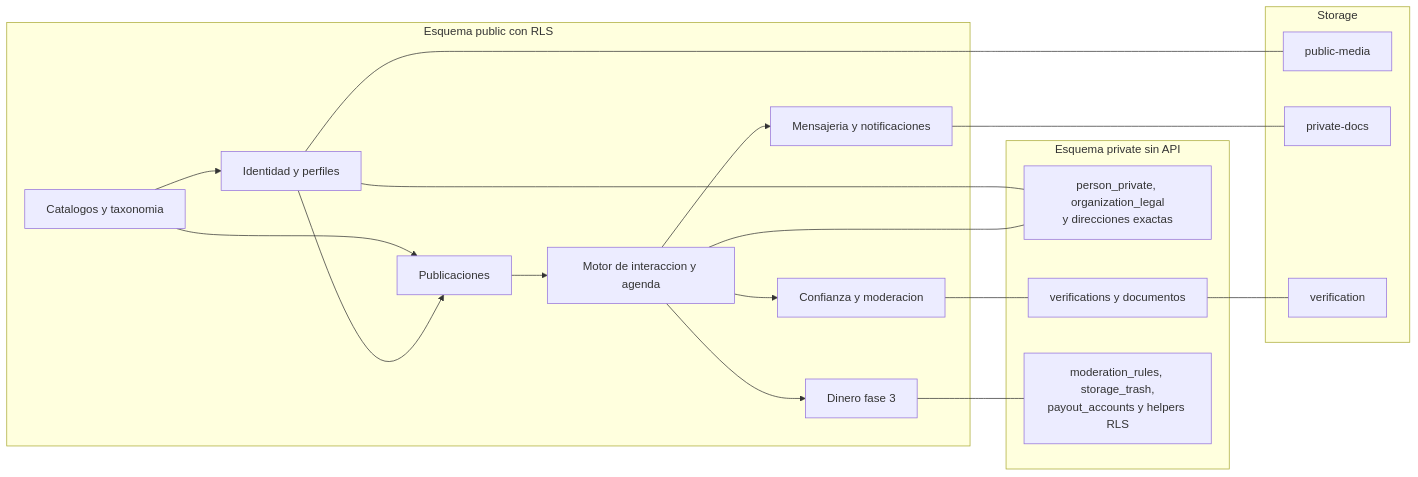
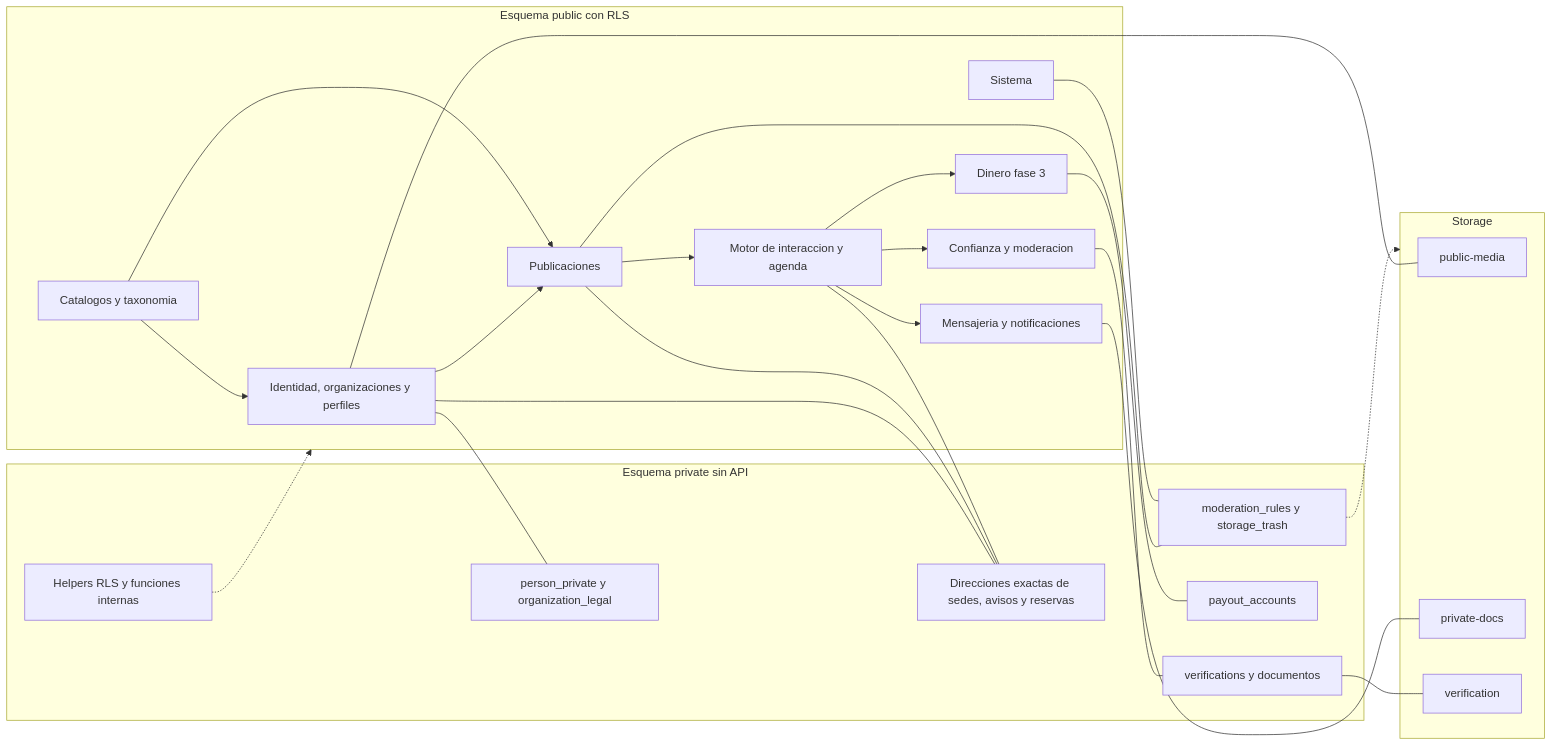
The first of 9 diagrams in docs/rediseno/03-base-de-datos.md (juanfosorio19-lab/TalentlyApp), drawn with Mermaid before and after one commit. The commit also changed other lines of this file, not shown here.

````diff
--- a/docs/rediseno/03-base-de-datos.md
+++ b/docs/rediseno/03-base-de-datos.md
@@ -65,36 +204,46 @@
 ```mermaid
 flowchart LR
   subgraph PUB["Esquema public con RLS"]
-    ID["Identidad y perfiles"]
+    ID["Identidad, organizaciones y perfiles"]
     CAT["Catalogos y taxonomia"]
     PUBL["Publicaciones"]
     ENG["Motor de interaccion y agenda"]
     MSG["Mensajeria y notificaciones"]
     TRU["Confianza y moderacion"]
     MON["Dinero fase 3"]
+    SYS["Sistema"]
   end
   subgraph PRIV["Esquema private sin API"]
-    PP["person_private, organization_legal<br/>y direcciones exactas"]
+    PP["person_private y organization_legal"]
+    ADR["Direcciones exactas de sedes, avisos y reservas"]
     VER["verifications y documentos"]
-    MOD["moderation_rules, storage_trash,<br/>payout_accounts y helpers RLS"]
+    PAY["payout_accounts"]
+    MOD["moderation_rules y storage_trash"]
+    HLP["Helpers RLS y funciones internas"]
   end
   subgraph STO["Storage"]
     B1["public-media"]
     B2["private-docs"]
     B3["verification"]
   end
+  ID --> PUBL
   CAT --> ID
   CAT --> PUBL
-  ID --> PUBL
   PUBL --> ENG
   ENG --> MSG
   ENG --> TRU
   ENG --> MON
   ID --- PP
-  ENG --- PP
+  ID --- ADR
+  PUBL --- ADR
+  ENG --- ADR
   TRU --- VER
-  MON --- MOD
+  MON --- PAY
+  PUBL --- MOD
+  SYS --- MOD
+  HLP -.-> PUB
+  VER --- B3
   ID --- B1
   MSG --- B2
-  VER --- B3
+  MOD -.-> STO
 ```
````
